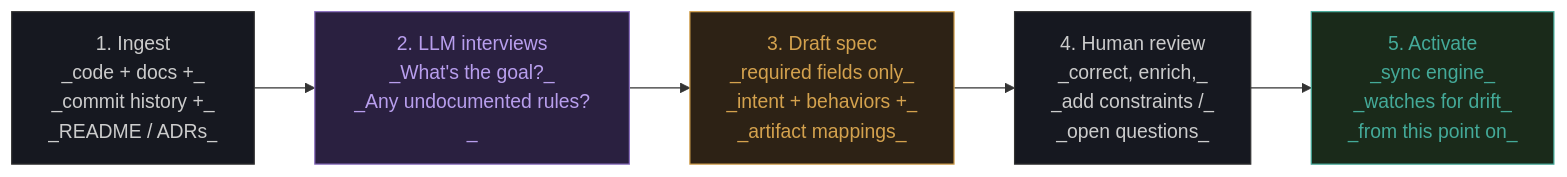
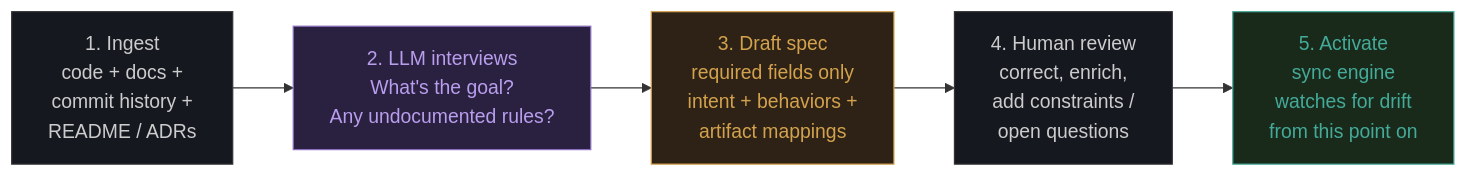
Before and after one commit to davidroeca/NotarAI: diagram 13 of 13 in docs/motivation-system-diagrams.md, drawn with Mermaid. The commit also changed other lines of this file, not shown here.

````diff
--- a/docs/motivation-system-diagrams.md
+++ b/docs/motivation-system-diagrams.md
@@ -407,16 +407,16 @@
 ```mermaid
 flowchart LR
-    S1["1. Ingest<br/>_code + docs +_<br/>_commit history +_<br/>_README / ADRs_"]
-    S2["2. LLM interviews<br/>_What's the goal?_<br/>_Any undocumented rules?_"]
-    S3["3. Draft spec<br/>_required fields only_<br/>_intent + behaviors +_<br/>_artifact mappings_"]
-    S4["4. Human review<br/>_correct, enrich,_<br/>_add constraints /_<br/>_open questions_"]
-    S5["5. Activate<br/>_sync engine_<br/>_watches for drift_<br/>_from this point on_"]
+    S1["1. Ingest<br/>code + docs +<br/>commit history +<br/>README / ADRs"]
+    S2["2. LLM interviews<br/>What's the goal?<br/>Any undocumented rules?"]
+    S3["3. Draft spec<br/>required fields only<br/>intent + behaviors +<br/>artifact mappings"]
+    S4["4. Human review<br/>correct, enrich,<br/>add constraints /<br/>open questions"]
+    S5["5. Activate<br/>sync engine<br/>watches for drift<br/>from this point on"]
 
     S1 --> S2 --> S3 --> S4 --> S5
 
     style S1 fill:#161820,stroke:#333,color:#ccc
     style S2 fill:#2a2040,stroke:#8b6fc0,color:#b89eed
     style S3 fill:#2d2215,stroke:#d4a24e,color:#d4a24e
     style S4 fill:#161820,stroke:#333,color:#ccc
     style S5 fill:#1a2a1a,stroke:#4a9,color:#4a9
 ```
````
